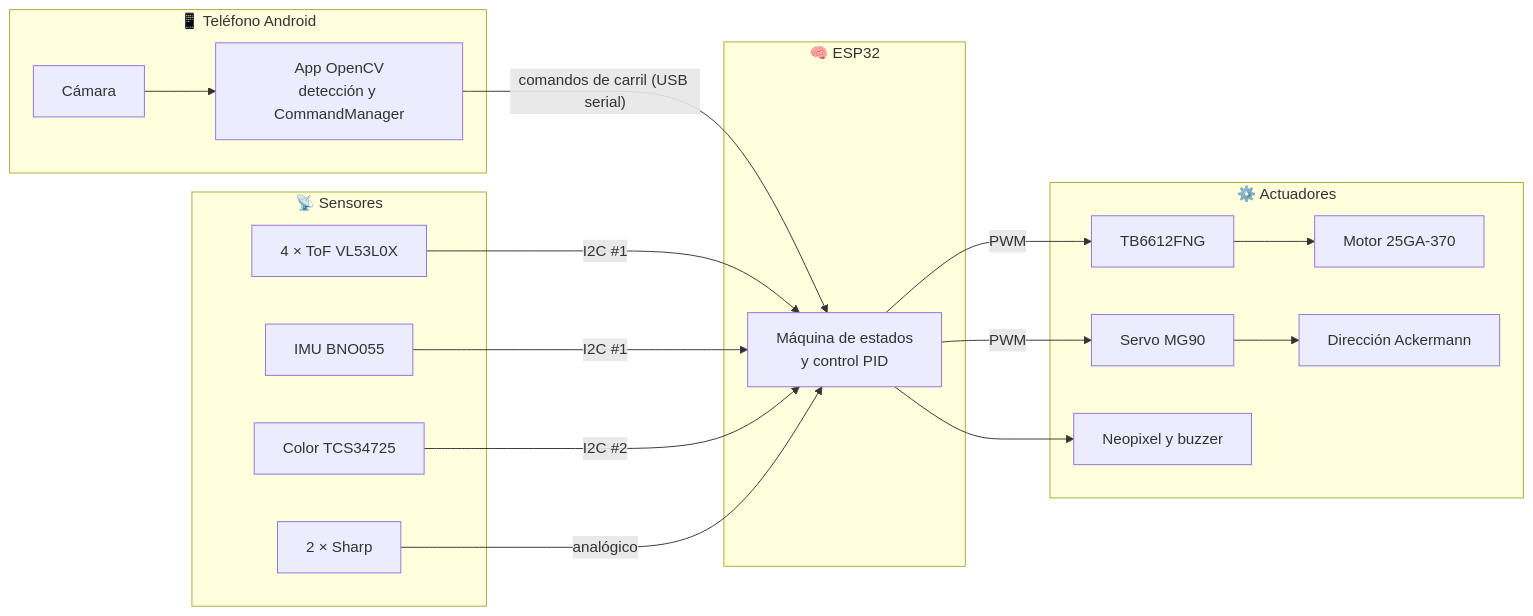
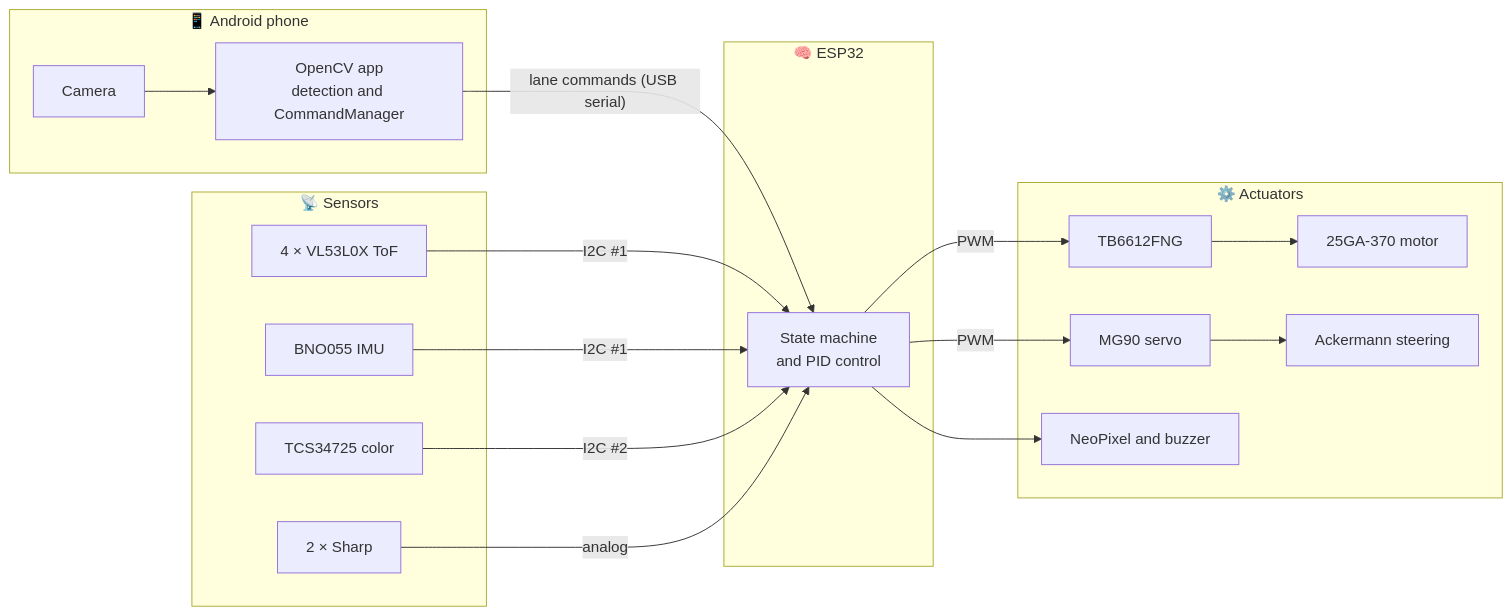
One commit to erchivox/Prometheus-Team-2026 changed the first of 18 diagrams in README.md. Above: the diagram before and after it, drawn with Mermaid. The commit also changed other lines of this file and 8 other files, not shown here.

````diff
--- a/README.md
+++ b/README.md
@@ -275,32 +275,32 @@
 ```mermaid
 flowchart LR
-    subgraph VISION["📱 Teléfono Android"]
-        CAM["Cámara"] --> APP["App OpenCV<br/>detección y CommandManager"]
+    subgraph VISION["📱 Android phone"]
+        CAM["Camera"] --> APP["OpenCV app<br/>detection and CommandManager"]
     end
 
-    subgraph SENSORES["📡 Sensores"]
-        TOF["4 × ToF VL53L0X"]
-        IMU["IMU BNO055"]
-        COL["Color TCS34725"]
+    subgraph SENSORES["📡 Sensors"]
+        TOF["4 × VL53L0X ToF"]
+        IMU["BNO055 IMU"]
+        COL["TCS34725 color"]
         SHARP["2 × Sharp"]
     end
 
     subgraph CONTROL["🧠 ESP32"]
-        FSM["Máquina de estados<br/>y control PID"]
+        FSM["State machine<br/>and PID control"]
     end
 
-    subgraph ACTUADORES["⚙️ Actuadores"]
-        DRV["TB6612FNG"] --> MOT["Motor 25GA-370"]
-        SERVO["Servo MG90"] --> ACK["Dirección Ackermann"]
-        UI["Neopixel y buzzer"]
+    subgraph ACTUADORES["⚙️ Actuators"]
+        DRV["TB6612FNG"] --> MOT["25GA-370 motor"]
+        SERVO["MG90 servo"] --> ACK["Ackermann steering"]
+        UI["NeoPixel and buzzer"]
     end
 
-    APP -- "comandos de carril (USB serial)" --> FSM
+    APP -- "lane commands (USB serial)" --> FSM
     TOF -- "I2C #1" --> FSM
     IMU -- "I2C #1" --> FSM
     COL -- "I2C #2" --> FSM
-    SHARP -- "analógico" --> FSM
+    SHARP -- "analog" --> FSM
     FSM -- "PWM" --> DRV
     FSM -- "PWM" --> SERVO
     FSM --> UI
 ```
````
